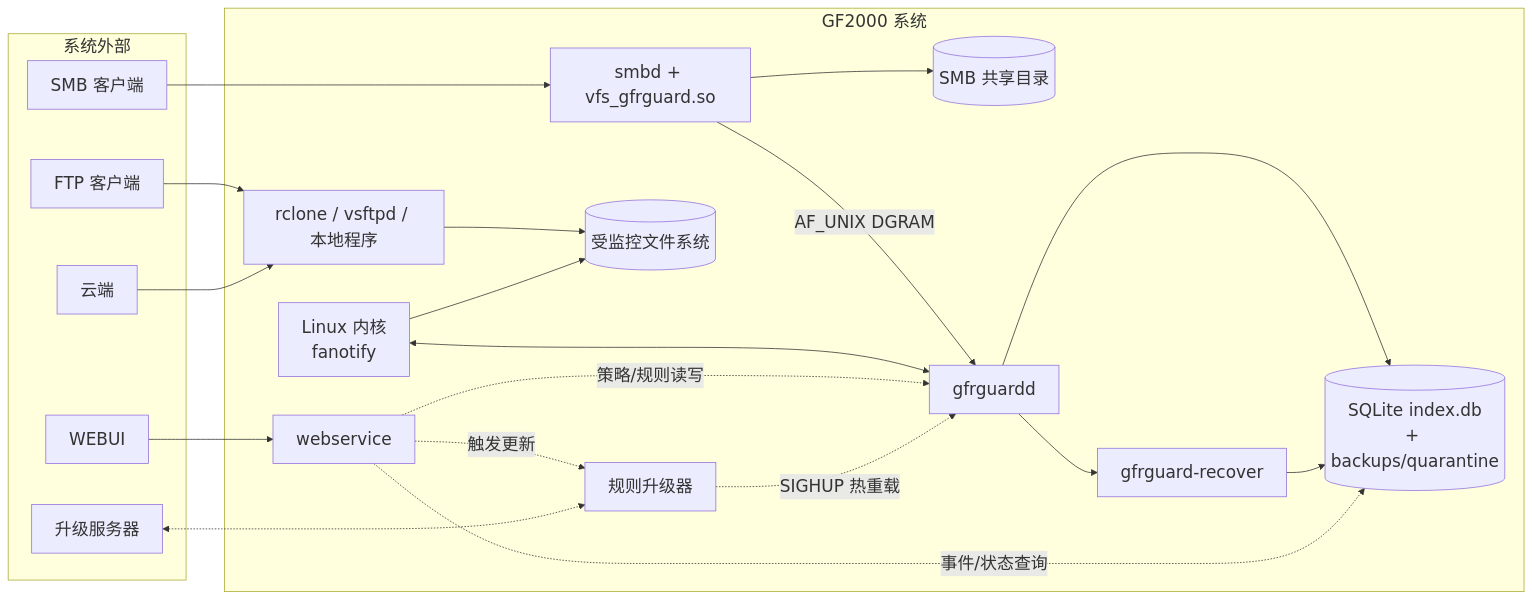
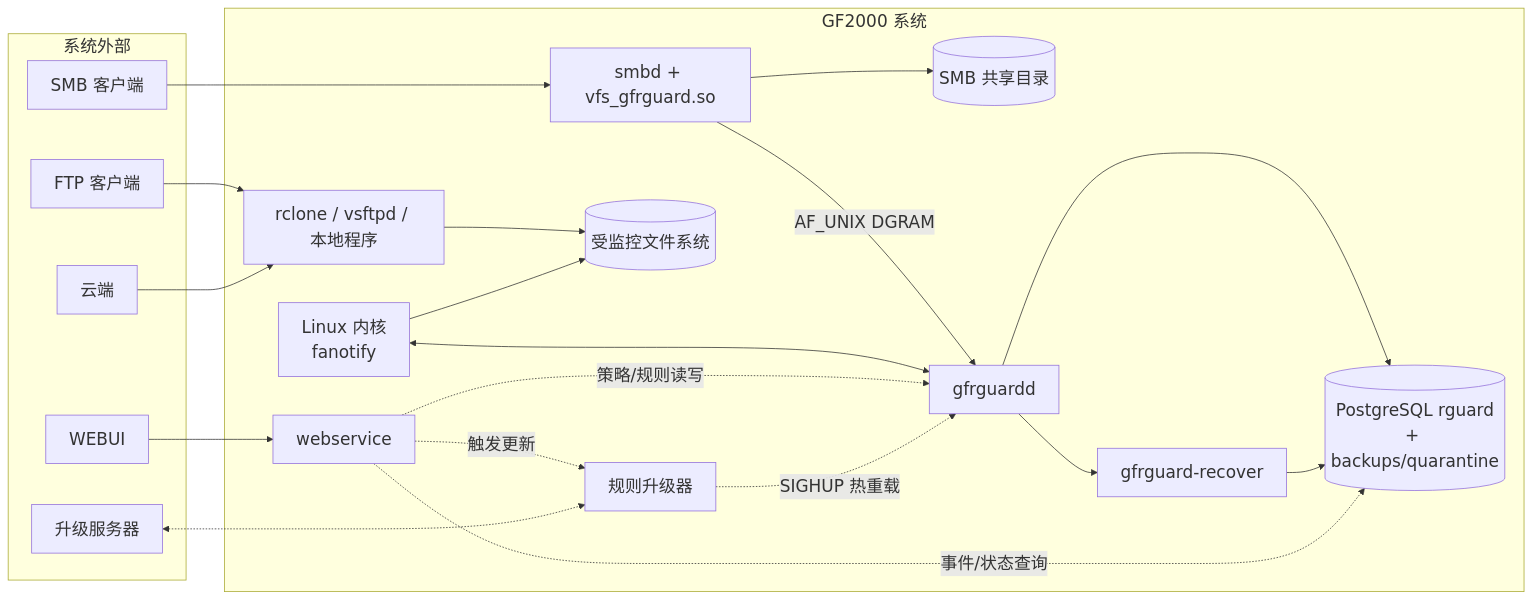
One commit to xd121614/ne_gfrguard changed the third of 11 diagrams in doc/specs/architecture_v2.md. Above: the diagram before and after it, drawn with Mermaid. The commit also changed other lines of this file, not shown here.

````diff
--- a/doc/specs/architecture_v2.md
+++ b/doc/specs/architecture_v2.md
@@ -192,43 +193,43 @@
 ```mermaid
 %%{init: {"themeVariables": {"fontSize": "22px"}}}%%
 flowchart LR
 	subgraph EXT["系统外部"]
 		SMB[SMB 客户端]
 		FTP[FTP 客户端]
 		CLOUD[云端]
 		WEB[WEBUI]
 		UPD[升级服务器]
 	end
 
 	subgraph SYS["GF2000 系统"]
 		MON[rclone / vsftpd / 本地程序]
 		VFS[smbd + vfs_gfrguard.so]
 		FS1[(SMB 共享目录)]
 		FS2[(受监控文件系统)]
 		KERNEL[Linux 内核<br/>fanotify]
 		D[gfrguardd]
 		REC[gfrguard-recover]
-		DB[(SQLite index.db<br/>+ backups/quarantine)]
+		DB[(PostgreSQL rguard<br/>+ backups/quarantine)]
 		WSS[webservice]
 		RULEUP[规则升级器]
 
 		VFS --> FS1
 		MON --> FS2
 		KERNEL --> FS2
 		VFS -->|AF_UNIX DGRAM| D
 		KERNEL <--> D
 		D --> REC
 		D --> DB
 		REC --> DB
 		WSS -.->|策略/规则读写| D
 		WSS -.->|事件/状态查询| DB
 		WSS -.->|触发更新| RULEUP
 		RULEUP -.->|SIGHUP 热重载| D
 	end
 
 	SMB --> VFS
 	FTP --> MON
 	CLOUD --> MON
 	WEB --> WSS
 	UPD <-.-> RULEUP
 ```
````
